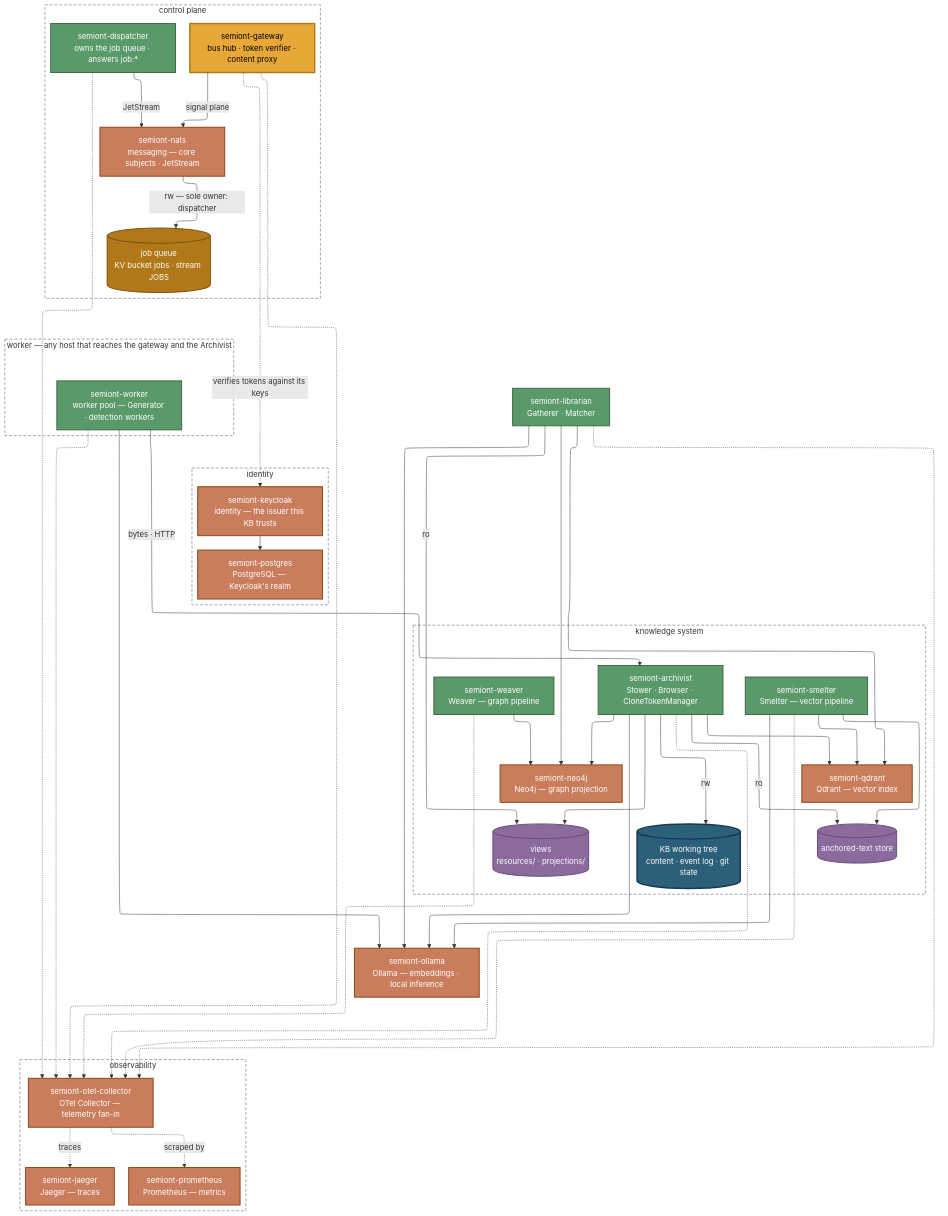
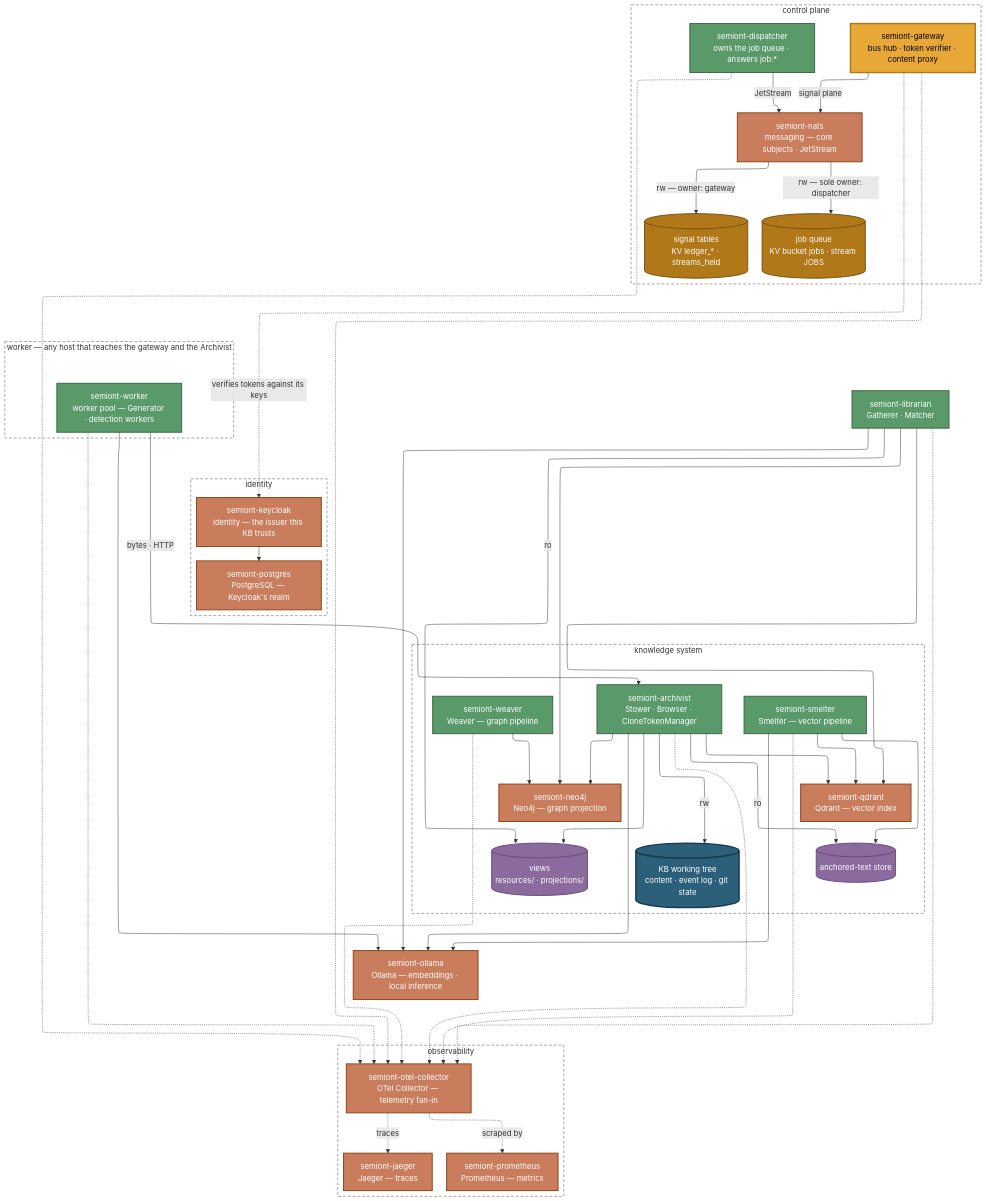
One commit to The-AI-Alliance/semiont changed the second of 2 diagrams in docs/operator/CONTAINER-TOPOLOGY.md. Above: the diagram before and after it, drawn with Mermaid. The commit also changed other lines of this file and 23 other files, not shown here.

```diff
--- a/docs/operator/CONTAINER-TOPOLOGY.md
+++ b/docs/operator/CONTAINER-TOPOLOGY.md
@@ -107,6 +107,7 @@
         DISP["semiont-dispatcher<br/>owns the job queue · answers job:*"]
         NATS["semiont-nats<br/>messaging — core subjects · JetStream"]
         JS[("job queue<br/>KV bucket jobs · stream JOBS")]
+        SIG[("signal tables<br/>KV ledger_* · streams_held")]
     end
 
     subgraph G4 ["identity"]
@@ -147,6 +148,7 @@
     GW -->|signal plane| NATS
     DISP -->|JetStream| NATS
     NATS -->|rw — sole owner: dispatcher| JS
+    NATS -->|rw — owner: gateway| SIG
 
     WEAVE --> NEO
     ARCH --> NEO
@@ -182,7 +184,7 @@
     class GW hub
     class NEO,QD,OL,PG,KC,COLL,TRACES,METRICS,NATS infra
     class ANCH,VIEWS store
-    class JS ctl
+    class JS,SIG ctl
     class TREE record
 
     NEO ~~~ TREE
```
